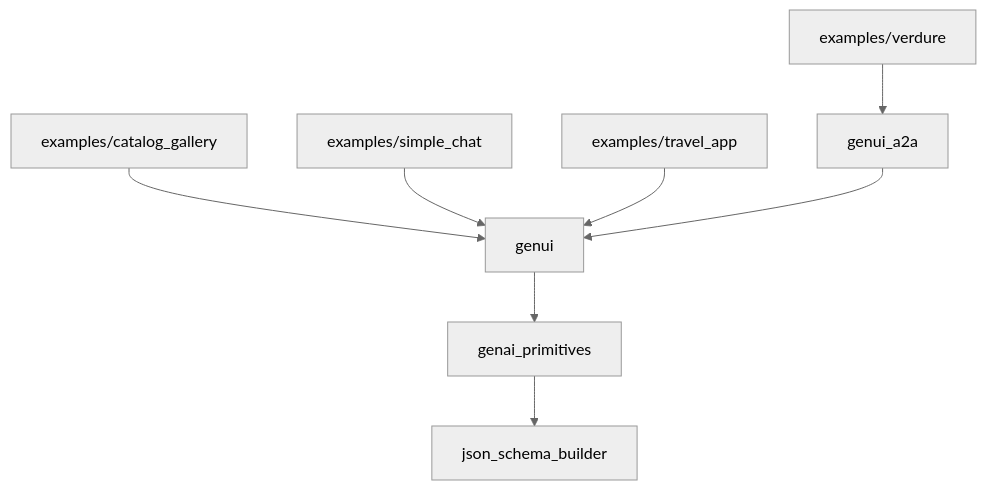
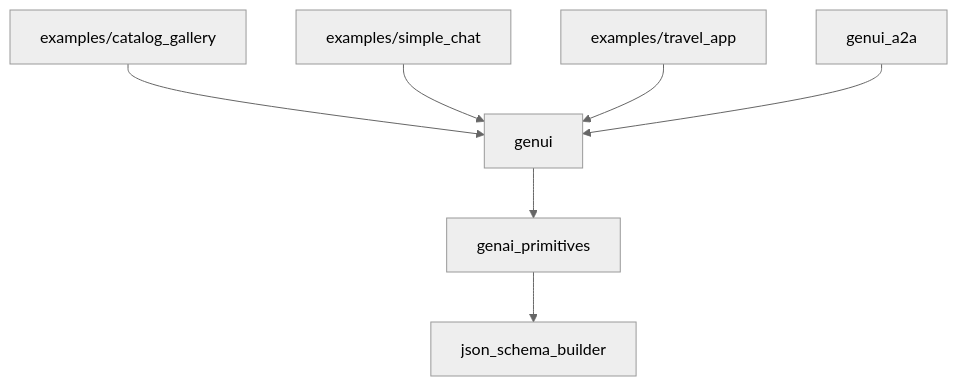
The diagram in README.md (flutter/genui), drawn with Mermaid (neutral theme) before and after one commit. The commit also changed 164 other files, not shown here.

````diff
--- a/README.md
+++ b/README.md
@@ -106,10 +106,9 @@
 ```mermaid
 graph TD
   examples/catalog_gallery --> genui
   examples/simple_chat --> genui
   examples/travel_app --> genui
-  examples/verdure --> genui_a2a
   genui_a2a --> genui
   genui --> genai_primitives
   genai_primitives --> json_schema_builder
 ```
````
